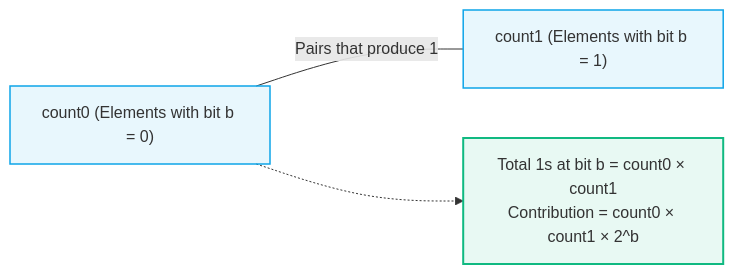
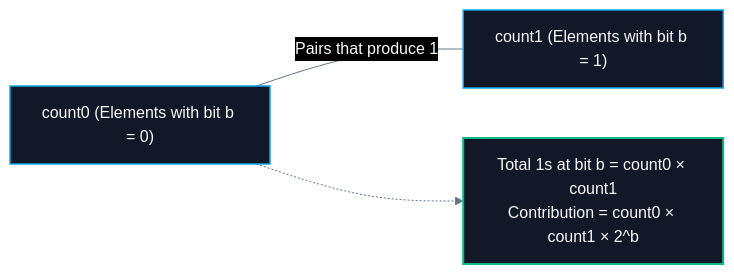
One commit to abhinavbharti2345/CS_Notes changed the third of 3 diagrams in CS/DSA/04. Bit Manipulation/04. Bit Manipulation Problems.md. Above: the diagram before and after it, drawn with Mermaid. The commit also changed other lines of this file and 195 other files, not shown here.

````diff
--- a/CS/DSA/04. Bit Manipulation/04. Bit Manipulation Problems.md
+++ b/CS/DSA/04. Bit Manipulation/04. Bit Manipulation Problems.md
@@ -272,10 +274,11 @@
 ```mermaid
+%%{init: {'theme': 'base', 'themeVariables': { 'darkMode': true, 'background': '#0B0F14', 'mainBkg': '#111827', 'primaryColor': '#111827', 'primaryTextColor': '#F8FAFC', 'primaryBorderColor': '#38BDF8', 'lineColor': '#64748B', 'secondaryColor': '#0B0F14', 'tertiaryColor': '#0B0F14', 'clusterBkg': '#0B0F14', 'clusterBorder': '#38BDF8' }}}%%
 flowchart LR
     C0["count0 (Elements with bit b = 0)"] ---|Pairs that produce 1| C1["count1 (Elements with bit b = 1)"]
     C0 -.-> Formula["Total 1s at bit b = count0 × count1<br/>Contribution = count0 × count1 × 2^b"]
 
-    classDef countBox fill:#0ea5e918,stroke:#0ea5e9,stroke-width:1.5px;
-    classDef formulaBox fill:#10b98118,stroke:#10b981,stroke-width:2px;
+    classDef countBox fill:#111827,stroke:#0ea5e9,stroke-width:1.5px,color:#F8FAFC;
+    classDef formulaBox fill:#111827,stroke:#10b981,stroke-width:2px,color:#F8FAFC;
     class C0,C1 countBox;
     class Formula formulaBox;
 ```
````
